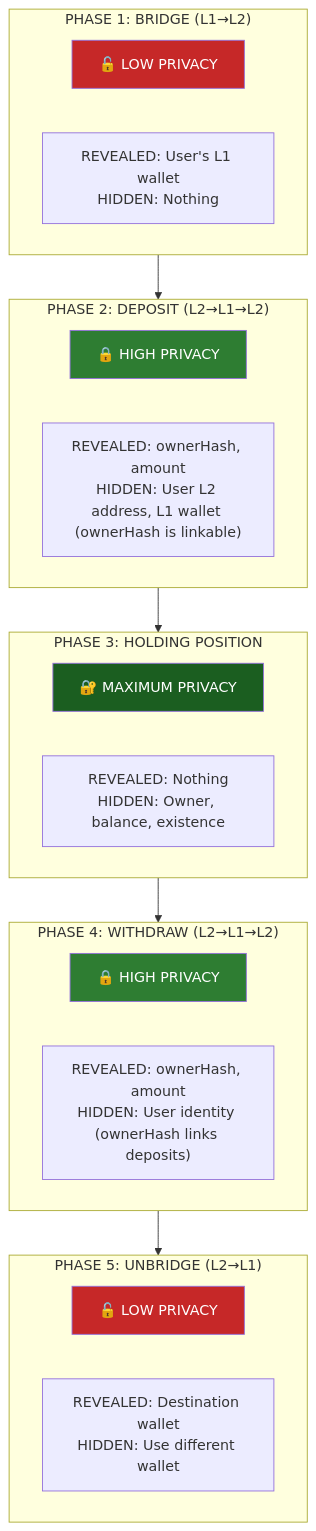
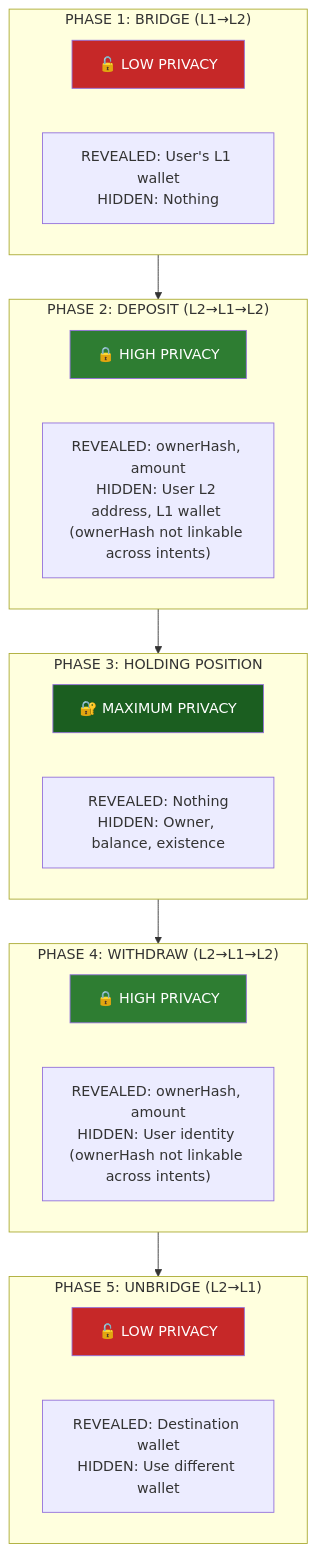
One commit to NethermindEth/aztec-aave-wrapper changed the fourth of 8 diagrams in PROTOCOL.md. Above: the diagram before and after it, drawn with Mermaid. The commit also changed other lines of this file and 2 other files, not shown here.

````diff
--- a/PROTOCOL.md
+++ b/PROTOCOL.md
@@ -152,40 +152,40 @@
 ```mermaid
 flowchart TB
     subgraph P1["PHASE 1: BRIDGE (L1→L2)"]
         direction LR
         P1L["🔓 LOW PRIVACY"]
         P1D["REVEALED: User's L1 wallet<br/>HIDDEN: Nothing"]
     end
 
     subgraph P2["PHASE 2: DEPOSIT (L2→L1→L2)"]
         direction LR
         P2L["🔒 HIGH PRIVACY"]
-        P2D["REVEALED: ownerHash, amount<br/>HIDDEN: User L2 address, L1 wallet (ownerHash is linkable)"]
+        P2D["REVEALED: ownerHash, amount<br/>HIDDEN: User L2 address, L1 wallet (ownerHash not linkable across intents)"]
     end
 
     subgraph P3["PHASE 3: HOLDING POSITION"]
         direction LR
         P3L["🔐 MAXIMUM PRIVACY"]
         P3D["REVEALED: Nothing<br/>HIDDEN: Owner, balance, existence"]
     end
 
     subgraph P4["PHASE 4: WITHDRAW (L2→L1→L2)"]
         direction LR
         P4L["🔒 HIGH PRIVACY"]
-        P4D["REVEALED: ownerHash, amount<br/>HIDDEN: User identity (ownerHash links deposits)"]
+        P4D["REVEALED: ownerHash, amount<br/>HIDDEN: User identity (ownerHash not linkable across intents)"]
     end
 
     subgraph P5["PHASE 5: UNBRIDGE (L2→L1)"]
         direction LR
         P5L["🔓 LOW PRIVACY"]
         P5D["REVEALED: Destination wallet<br/>HIDDEN: Use different wallet"]
     end
 
     P1 --> P2 --> P3 --> P4 --> P5
 
     style P1L fill:#C62828,color:#fff
     style P2L fill:#2E7D32,color:#fff
     style P3L fill:#1B5E20,color:#fff
     style P4L fill:#2E7D32,color:#fff
     style P5L fill:#C62828,color:#fff
 ```
````
